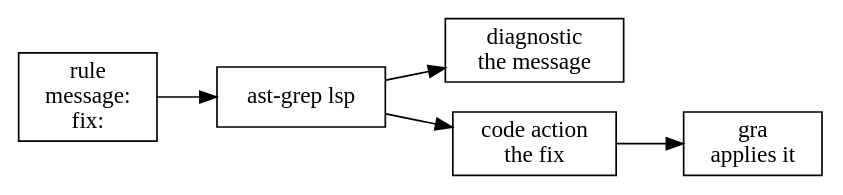
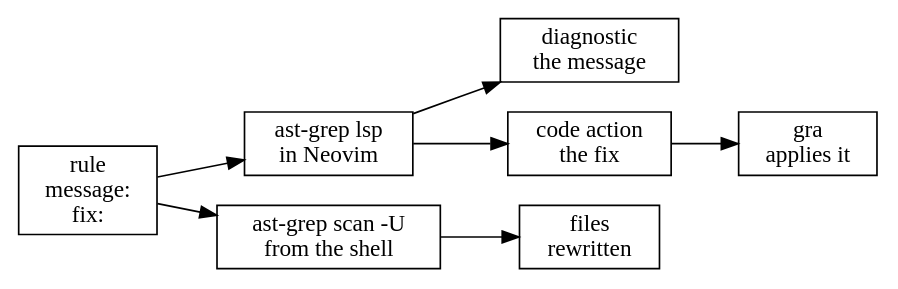
Before and after one commit to Piotr1215/youtube: the diagram in nvim-luasnip-ai-alternative/diagrams/editor-lsp.dot, drawn with Graphviz. The commit also changed 8 other files, not shown here.

```diff
--- a/nvim-luasnip-ai-alternative/diagrams/editor-lsp.dot
+++ b/nvim-luasnip-ai-alternative/diagrams/editor-lsp.dot
@@ -1,14 +1,17 @@
 digraph editor_lsp {
   rankdir=LR;
   node [shape=box];
 
   rule [label="rule\nmessage:\nfix:"];
-  lsp [label="ast-grep lsp"];
+  lsp [label="ast-grep lsp\nin Neovim"];
   diag [label="diagnostic\nthe message"];
   action [label="code action\nthe fix"];
   gra [label="gra\napplies it"];
+  cli [label="ast-grep scan -U\nfrom the shell"];
+  files [label="files\nrewritten"];
 
   rule -> lsp;
   lsp -> diag;
   lsp -> action -> gra;
+  rule -> cli -> files;
 }
```
